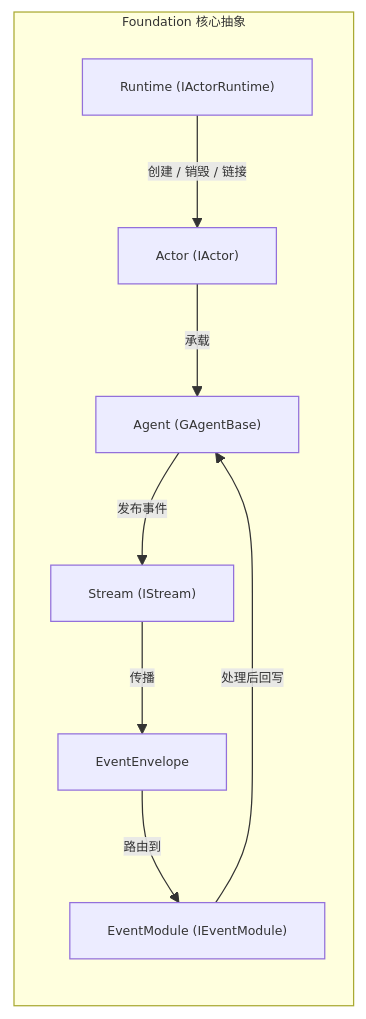
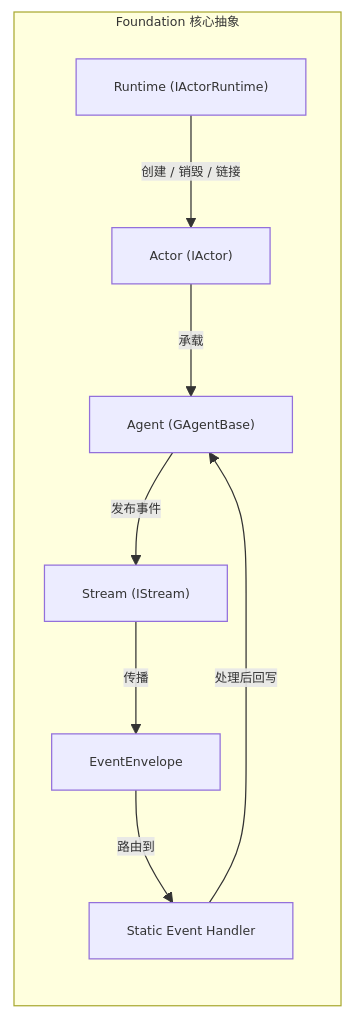
The second of 19 diagrams in docs/architecture/AEVATAR_MAINNET_ARCHITECTURE.md (aevatarAI/aevatar), drawn with Mermaid before and after one commit. The commit also changed other lines of this file and 167 other files, not shown here.

````diff
--- a/docs/architecture/AEVATAR_MAINNET_ARCHITECTURE.md
+++ b/docs/architecture/AEVATAR_MAINNET_ARCHITECTURE.md
@@ -100,19 +100,19 @@
 ```mermaid
 %%{init: {"maxTextSize": 100000, "flowchart": {"useMaxWidth": false, "nodeSpacing": 10, "rankSpacing": 50}, "themeVariables": {"fontSize": "10px"}}}%%
 flowchart LR
     subgraph foundation ["Foundation 核心抽象"]
         Agent["Agent (GAgentBase)"]
         Actor["Actor (IActor)"]
         Runtime["Runtime (IActorRuntime)"]
         Stream["Stream (IStream)"]
         Envelope["EventEnvelope"]
-        Module["EventModule (IEventModule)"]
+        Handler["Static Event Handler"]
     end
 
     Runtime -->|"创建 / 销毁 / 链接"| Actor
     Actor -->|"承载"| Agent
     Agent -->|"发布事件"| Stream
     Stream -->|"传播"| Envelope
-    Envelope -->|"路由到"| Module
-    Module -->|"处理后回写"| Agent
+    Envelope -->|"路由到"| Handler
+    Handler -->|"处理后回写"| Agent
 ```
````
